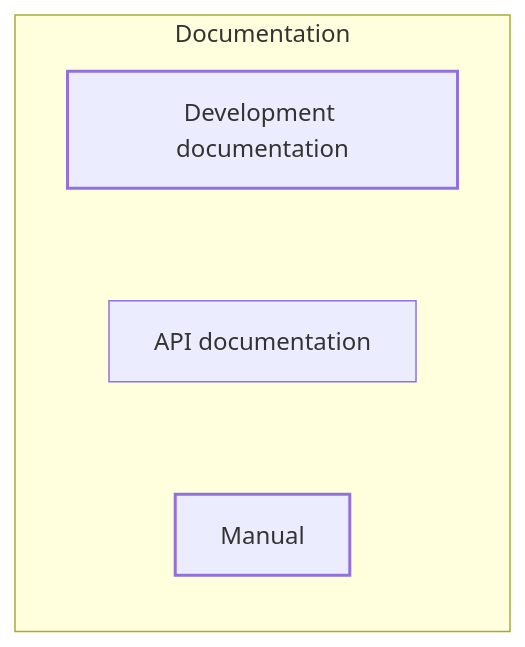
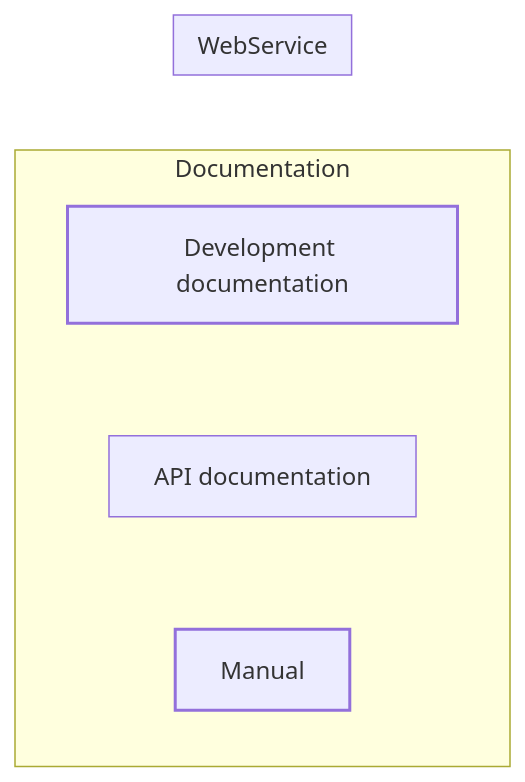
The first of 2 diagrams in Development/Tingen Development Processes.md (spectrum-health-systems/tingen-documentation), drawn with Mermaid before and after one commit. The commit also changed other lines of this file, not shown here.

Commit message:
Update Tingen Development Processes.md

````diff
--- a/Development/Tingen Development Processes.md
+++ b/Development/Tingen Development Processes.md
@@ -5,11 +5,18 @@
 ```mermaid
 flowchart LR
   subgraph Documentation
     direction TB
 	  DevelopmentDocumentation["Development documentation"] ~~~ ApiDocumentation["API documentation"] 
 	  ApiDocumentation["API documentation"] ~~~ Manual["Manual"]
   end
+  subgraph WebService
+    direction TB
+	  DevelopmentDocumentation["Development documentation"] ~~~ ApiDocumentation["API documentation"] 
+	  ApiDocumentation["API documentation"] ~~~ Manual["Manual"]
+  end
+
+
 
   classDef allNodes stroke-width:2px;
   class DevelopmentDocumentation,ApiDocumentationt,Manual allNodes;
 ```
````
